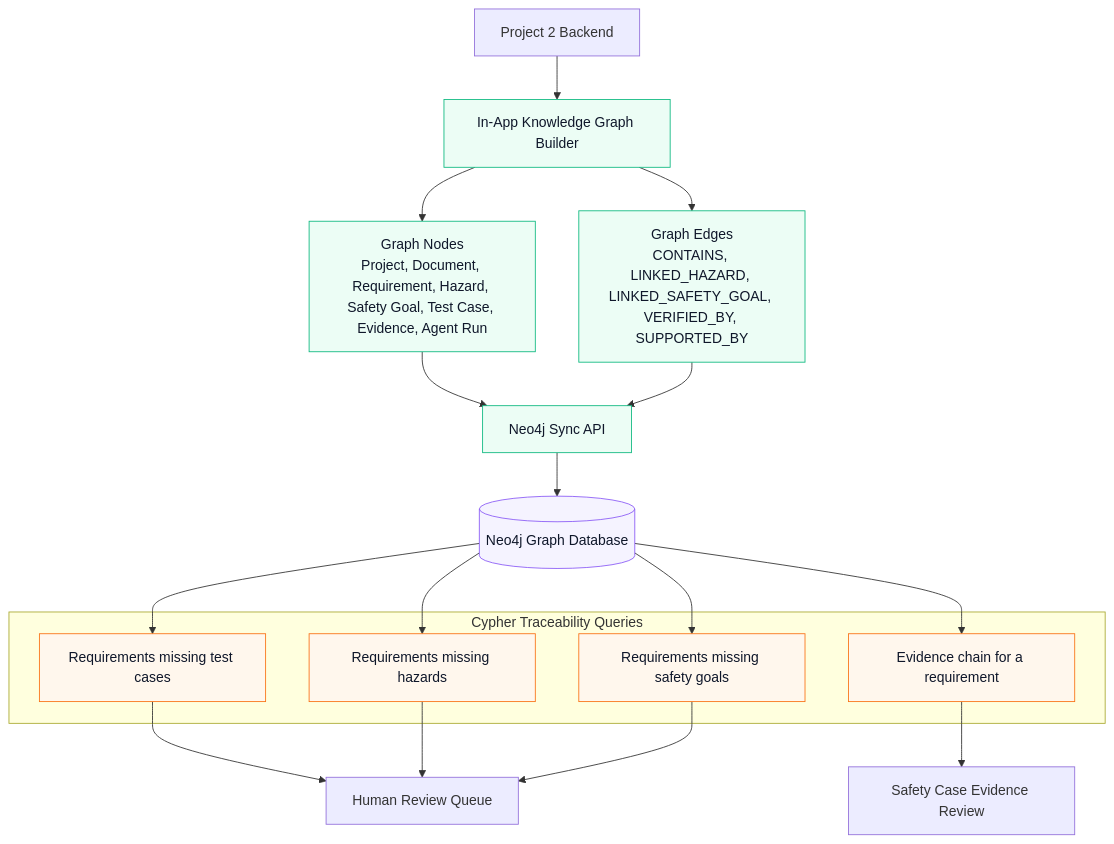
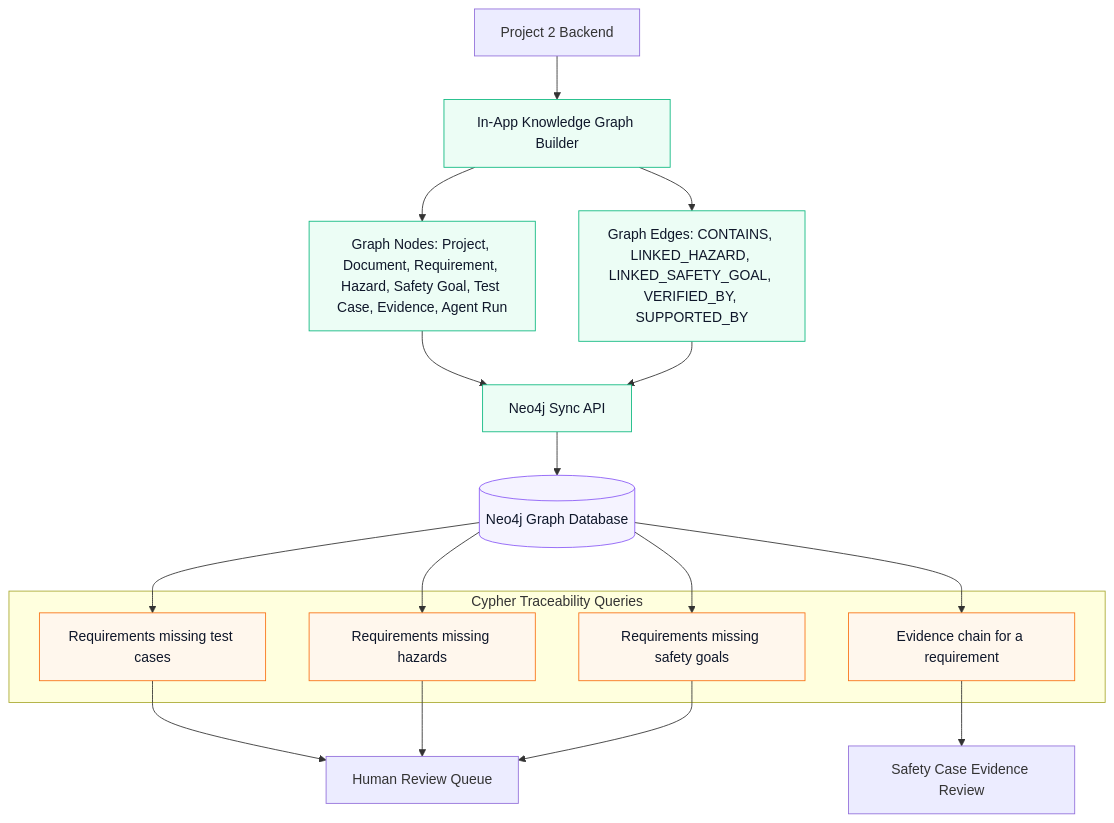
One commit to chz2010/Agentic_Document_AI_Platform_for_Safety_Engineering changed the fourth of 10 diagrams in README.md. Above: the diagram before and after it, drawn with Mermaid. The commit also changed other lines of this file, not shown here.

Commit message:
Fix README Mermaid diagrams

````diff
--- a/README.md
+++ b/README.md
@@ -152,33 +164,33 @@
 ```mermaid
 flowchart TD
     APP[Project 2 Backend] --> KG[In-App Knowledge Graph Builder]
-    KG --> NODES[Graph Nodes<br/>Project, Document, Requirement, Hazard, Safety Goal, Test Case, Evidence, Agent Run]
-    KG --> EDGES[Graph Edges<br/>CONTAINS, LINKED_HAZARD, LINKED_SAFETY_GOAL, VERIFIED_BY, SUPPORTED_BY]
+    KG --> NODES[Graph Nodes: Project, Document, Requirement, Hazard, Safety Goal, Test Case, Evidence, Agent Run]
+    KG --> EDGES[Graph Edges: CONTAINS, LINKED_HAZARD, LINKED_SAFETY_GOAL, VERIFIED_BY, SUPPORTED_BY]
 
     NODES --> SYNC[Neo4j Sync API]
     EDGES --> SYNC
     SYNC --> NEO[(Neo4j Graph Database)]
 
     subgraph CypherQueries["Cypher Traceability Queries"]
         Q1[Requirements missing test cases]
         Q2[Requirements missing hazards]
         Q3[Requirements missing safety goals]
         Q4[Evidence chain for a requirement]
     end
 
     NEO --> Q1
     NEO --> Q2
     NEO --> Q3
     NEO --> Q4
     Q1 --> REVIEW[Human Review Queue]
     Q2 --> REVIEW
     Q3 --> REVIEW
     Q4 --> SAFETYCASE[Safety Case Evidence Review]
 
     classDef graphNode fill:#ecfdf5,stroke:#10b981,color:#0f172a;
     classDef query fill:#fff7ed,stroke:#f97316,color:#0f172a;
     classDef db fill:#f5f3ff,stroke:#8b5cf6,color:#0f172a;
     class KG,NODES,EDGES,SYNC graphNode;
     class Q1,Q2,Q3,Q4 query;
     class NEO db;
 ```
````
